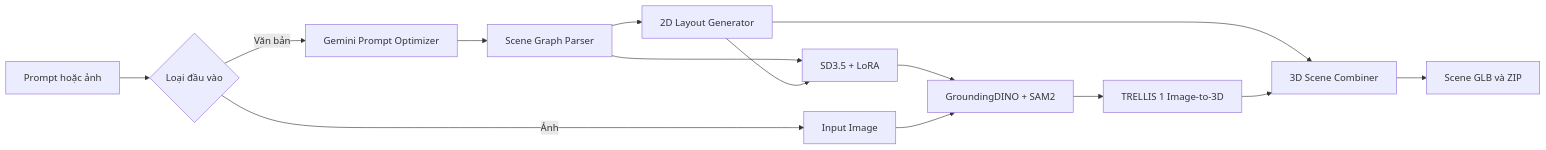
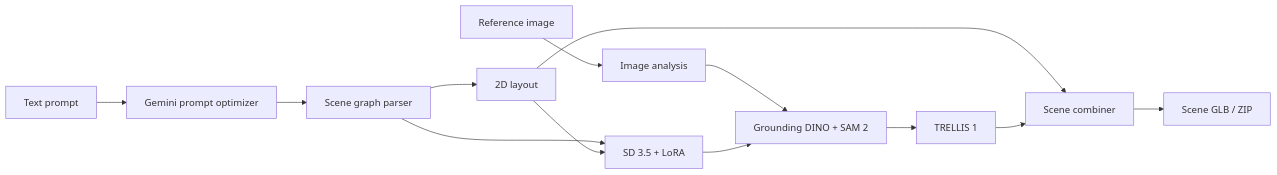
The diagram in README.md (Tiens0710/DATN-3d), drawn with Mermaid before and after one commit. The commit also changed other lines of this file and 3 other files, not shown here.

````diff
--- a/README.md
+++ b/README.md
@@ -28,16 +35,15 @@
 ```mermaid
 flowchart LR
-    A[Prompt hoặc ảnh] --> B{Loại đầu vào}
-    B -->|Văn bản| C[Gemini Prompt Optimizer]
-    C --> D[Scene Graph Parser]
-    D --> E[2D Layout Generator]
-    D --> F[SD3.5 + LoRA]
-    E --> F
-    B -->|Ảnh| G[Input Image]
-    F --> H[GroundingDINO + SAM2]
-    G --> H
-    H --> I[TRELLIS 1 Image-to-3D]
-    E --> J[3D Scene Combiner]
+    A[Text prompt] --> B[Gemini prompt optimizer]
+    B --> C[Scene graph parser]
+    C --> D[2D layout]
+    C --> E[SD 3.5 + LoRA]
+    D --> E
+    F[Reference image] --> G[Image analysis]
+    G --> H[Grounding DINO + SAM 2]
+    E --> H
+    H --> I[TRELLIS 1]
+    D --> J[Scene combiner]
     I --> J
-    J --> K[Scene GLB và ZIP]
+    J --> K[Scene GLB / ZIP]
 ```
````
